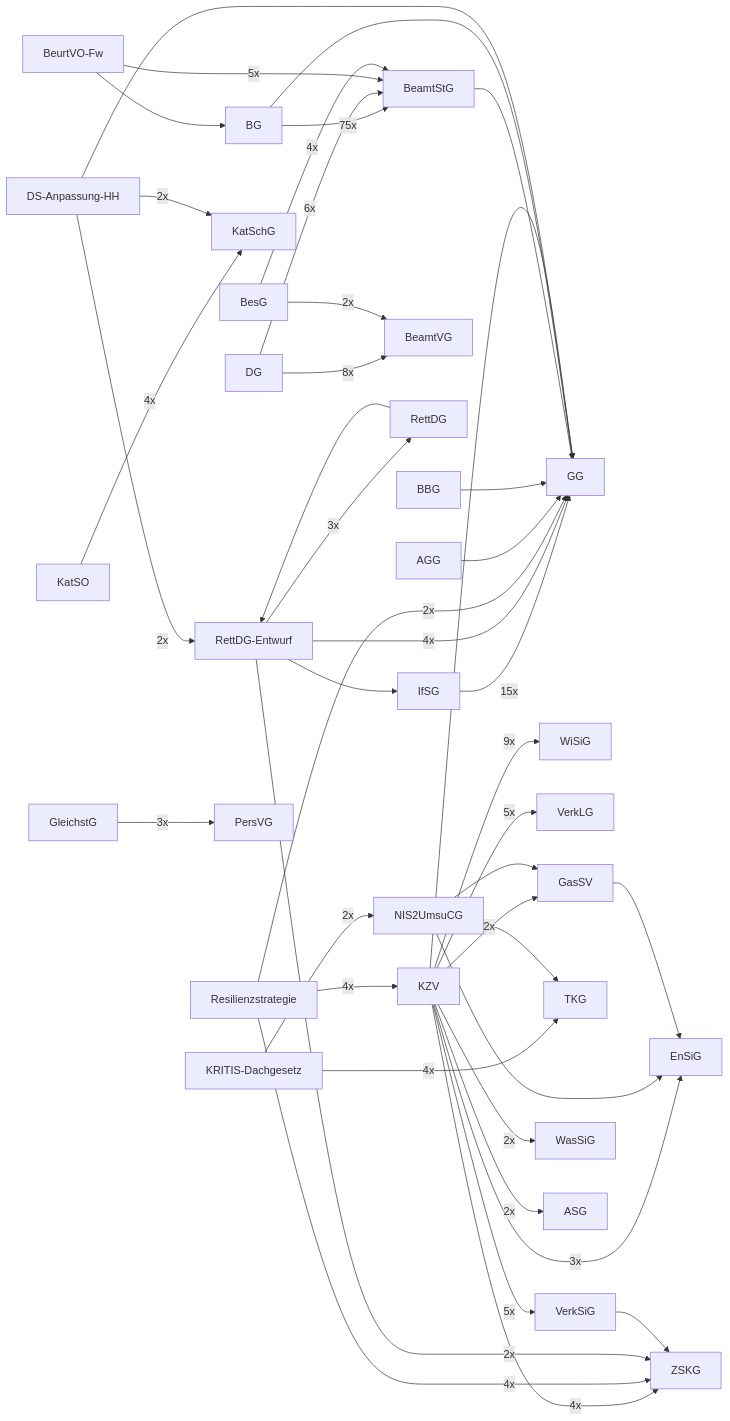
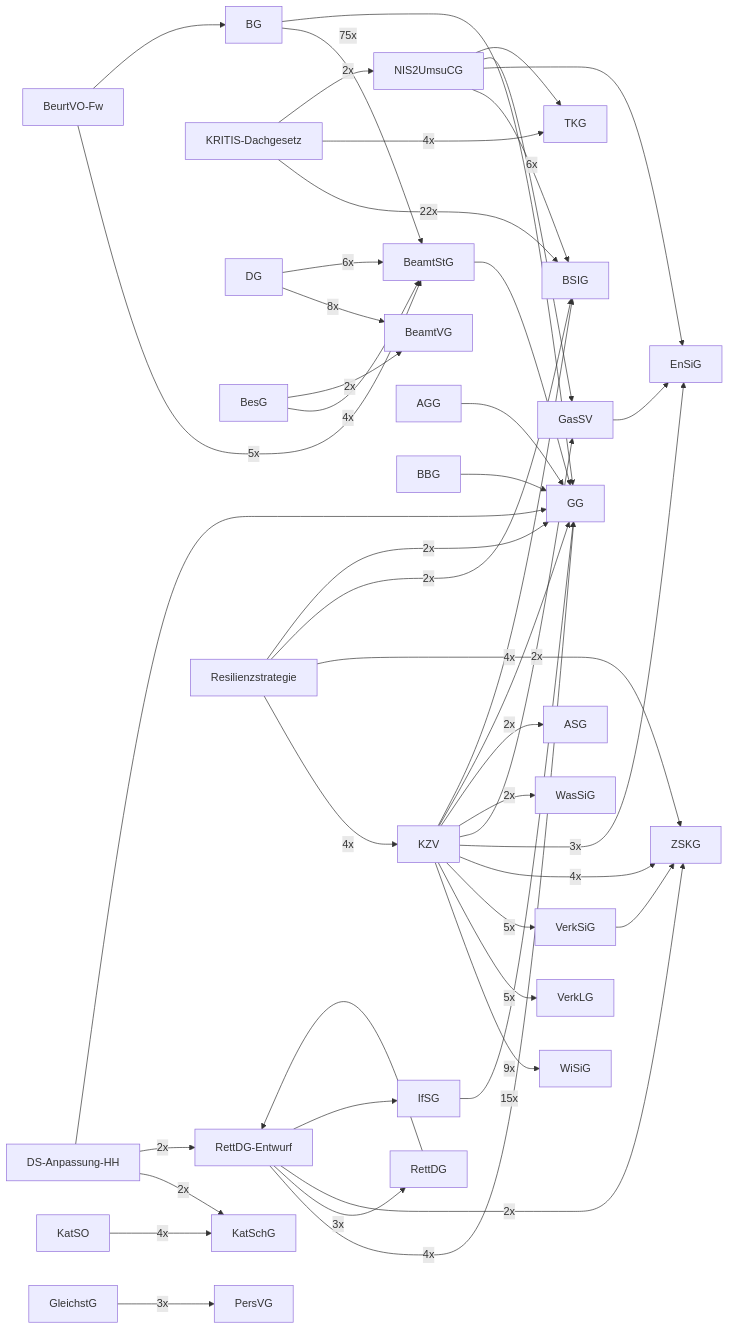
Before and after one commit to tobiaswildezahn/rechtssammlung: the diagram in README.md, drawn with Mermaid. The commit also changed other lines of this file and 6 other files, not shown here.

````diff
--- a/README.md
+++ b/README.md
@@ -104,74 +103,79 @@
 ```mermaid
 graph LR
     BG["BG"]
     BeamtStG["BeamtStG"]
     BG -->|75x| BeamtStG
+    KRITIS_Dachgesetz["KRITIS-Dachgesetz"]
+    BSIG["BSIG"]
+    KRITIS_Dachgesetz -->|22x| BSIG
     IfSG["IfSG"]
     GG["GG"]
     IfSG -->|15x| GG
     KZV["KZV"]
     WiSiG["WiSiG"]
     KZV -->|9x| WiSiG
     DG["DG"]
     BeamtVG["BeamtVG"]
     DG -->|8x| BeamtVG
     DG -->|6x| BeamtStG
+    NIS2UmsuCG["NIS2UmsuCG"]
+    NIS2UmsuCG -->|6x| BSIG
     BeurtVO_Fw["BeurtVO-Fw"]
     BeurtVO_Fw -->|5x| BeamtStG
     VerkLG["VerkLG"]
     KZV -->|5x| VerkLG
     VerkSiG["VerkSiG"]
     KZV -->|5x| VerkSiG
     BesG["BesG"]
     BesG -->|4x| BeamtStG
     KatSO["KatSO"]
     KatSchG["KatSchG"]
     KatSO -->|4x| KatSchG
-    KRITIS_Dachgesetz["KRITIS-Dachgesetz"]
     TKG["TKG"]
     KRITIS_Dachgesetz -->|4x| TKG
     RettDG_Entwurf["RettDG-Entwurf"]
     RettDG_Entwurf -->|4x| GG
     ZSKG["ZSKG"]
     KZV -->|4x| ZSKG
     Resilienzstrategie["Resilienzstrategie"]
     Resilienzstrategie -->|4x| KZV
     Resilienzstrategie -->|4x| ZSKG
     GleichstG["GleichstG"]
     PersVG["PersVG"]
     GleichstG -->|3x| PersVG
     RettDG["RettDG"]
     RettDG_Entwurf -->|3x| RettDG
     EnSiG["EnSiG"]
     KZV -->|3x| EnSiG
     BesG -->|2x| BeamtVG
     DS_Anpassung_HH["DS-Anpassung-HH"]
     DS_Anpassung_HH -->|2x| KatSchG
     DS_Anpassung_HH -->|2x| RettDG_Entwurf
-    NIS2UmsuCG["NIS2UmsuCG"]
     KRITIS_Dachgesetz -->|2x| NIS2UmsuCG
     RettDG_Entwurf -->|2x| ZSKG
     GasSV["GasSV"]
     KZV -->|2x| GasSV
     WasSiG["WasSiG"]
     KZV -->|2x| WasSiG
     ASG["ASG"]
     KZV -->|2x| ASG
+    Resilienzstrategie -->|2x| BSIG
     Resilienzstrategie -->|2x| GG
     AGG["AGG"]
     AGG --> GG
     BBG["BBG"]
     BBG --> GG
     BeamtStG --> GG
     BeurtVO_Fw --> BG
     BG --> GG
     DS_Anpassung_HH --> GG
     RettDG --> RettDG_Entwurf
     NIS2UmsuCG --> EnSiG
     NIS2UmsuCG --> GasSV
     NIS2UmsuCG --> TKG
     RettDG_Entwurf --> IfSG
     KZV --> GG
+    KZV --> BSIG
     GasSV --> EnSiG
     VerkSiG --> ZSKG
 ```
````
